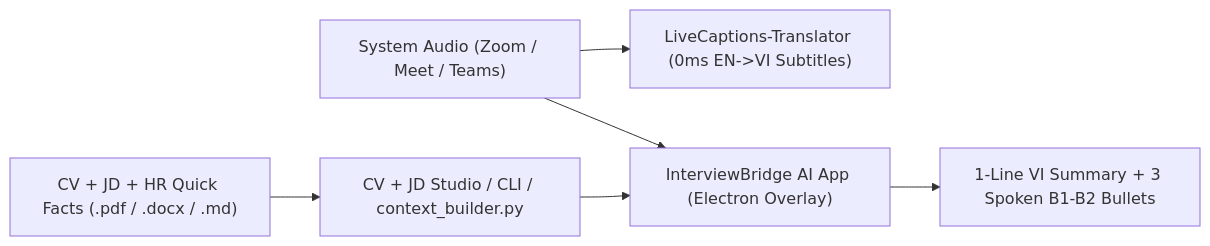
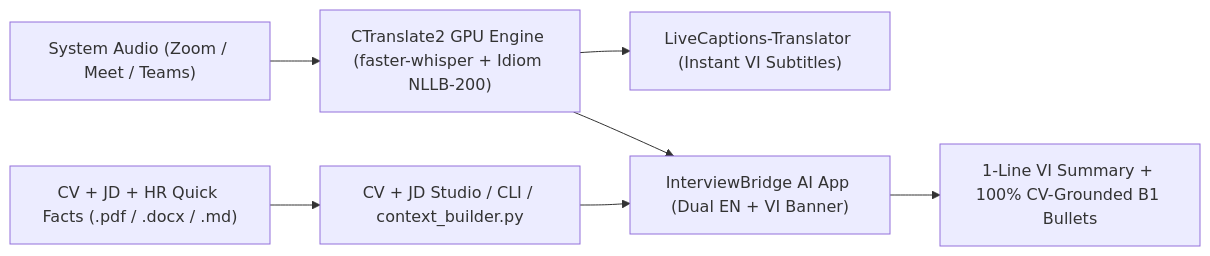
One commit to khoazandev/InterviewBridge-AI changed the diagram in README.md. Above: the diagram before and after it, drawn with Mermaid. The commit also changed other lines of this file and 9 other files, not shown here.

Commit message:
feat: integrate GPU CTranslate2 faster-whisper + idiom-aware NLLB-200 translator

````diff
--- a/README.md
+++ b/README.md
@@ -50,8 +50,9 @@
 ```mermaid
 flowchart LR
-    Audio["System Audio (Zoom / Meet / Teams)"] --> LCT["LiveCaptions-Translator (0ms EN->VI Subtitles)"]
-    Audio --> App["InterviewBridge AI App (Electron Overlay)"]
+    Audio["System Audio (Zoom / Meet / Teams)"] --> CT2["CTranslate2 GPU Engine (faster-whisper + Idiom NLLB-200)"]
+    CT2 --> LCT["LiveCaptions-Translator (Instant VI Subtitles)"]
+    CT2 --> App["InterviewBridge AI App (Dual EN + VI Banner)"]
     Inputs["CV + JD + HR Quick Facts (.pdf / .docx / .md)"] --> Sync["CV + JD Studio / CLI / context_builder.py"]
     Sync --> App
-    App --> Out["1-Line VI Summary + 3 Spoken B1-B2 Bullets"]
+    App --> Out["1-Line VI Summary + 100% CV-Grounded B1 Bullets"]
 ```
````
